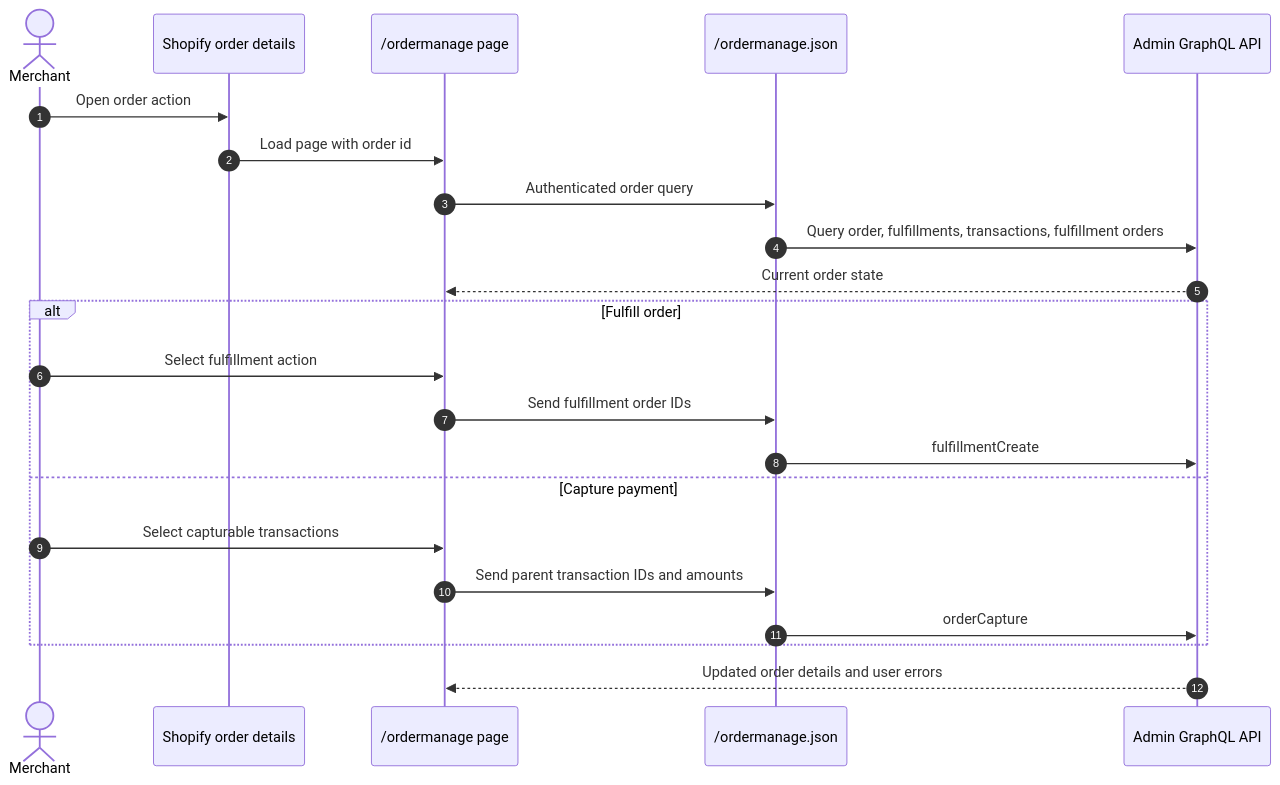
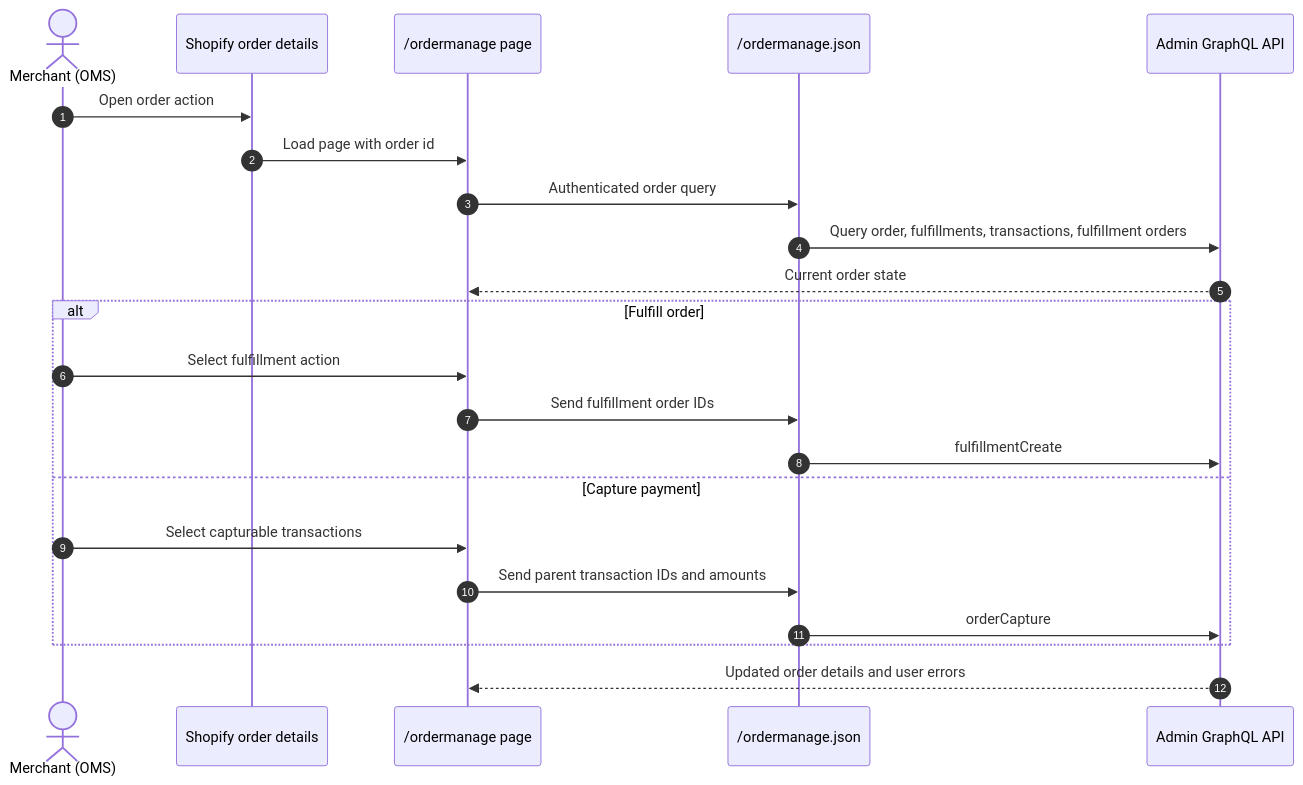
One commit to benzookapi/shopify-barebone-app-sample changed the first of 4 diagrams in docs/13-ordermanage.md. Above: the diagram before and after it, drawn with Mermaid. The commit also changed other lines of this file, not shown here.

Commit message:
Refine OMS sequence labels

````diff
--- a/docs/13-ordermanage.md
+++ b/docs/13-ordermanage.md
@@ -17,25 +17,25 @@
 ```mermaid
 sequenceDiagram
     autonumber
-    actor Merchant
+    actor Merchant as Merchant (OMS)
     participant Admin as Shopify order details
     participant UI as /ordermanage page
     participant App as /ordermanage.json
     participant API as Admin GraphQL API
 
     Merchant->>Admin: Open order action
     Admin->>UI: Load page with order id
     UI->>App: Authenticated order query
     App->>API: Query order, fulfillments, transactions, fulfillment orders
     API-->>UI: Current order state
     alt Fulfill order
         Merchant->>UI: Select fulfillment action
         UI->>App: Send fulfillment order IDs
         App->>API: fulfillmentCreate
     else Capture payment
         Merchant->>UI: Select capturable transactions
         UI->>App: Send parent transaction IDs and amounts
         App->>API: orderCapture
     end
     API-->>UI: Updated order details and user errors
 ```
````
